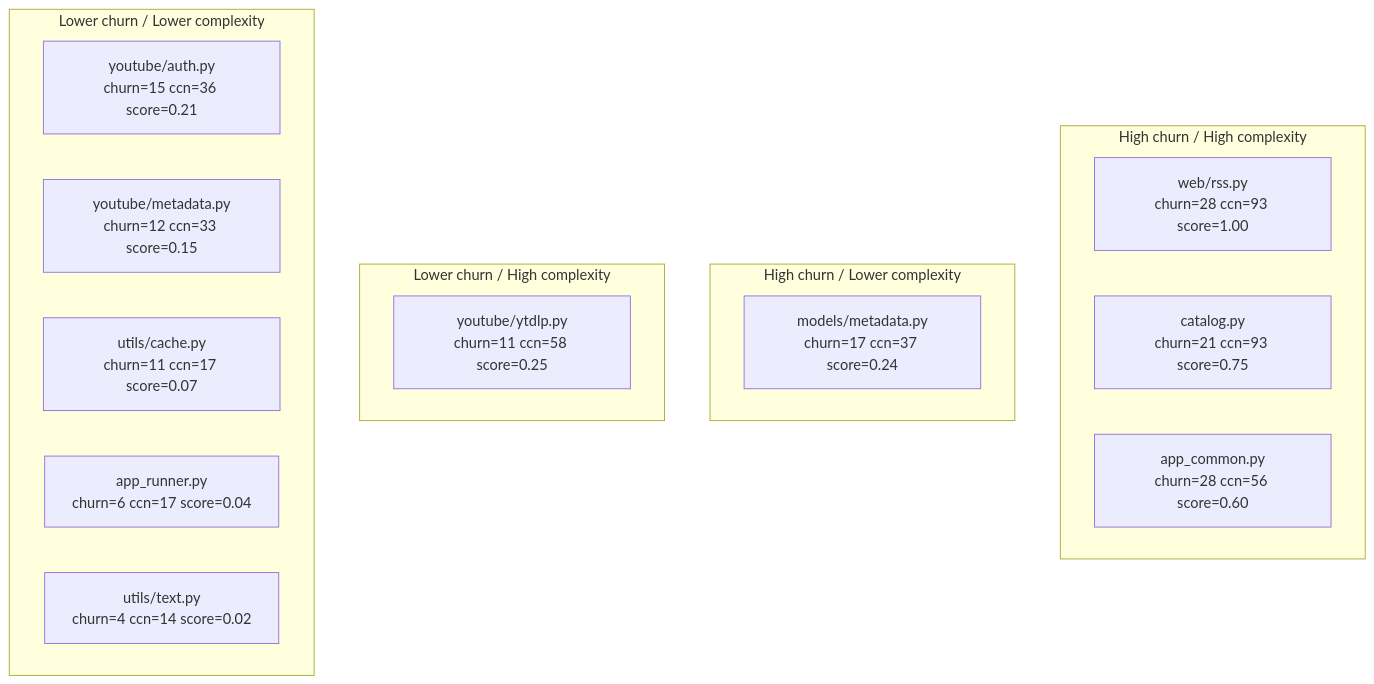
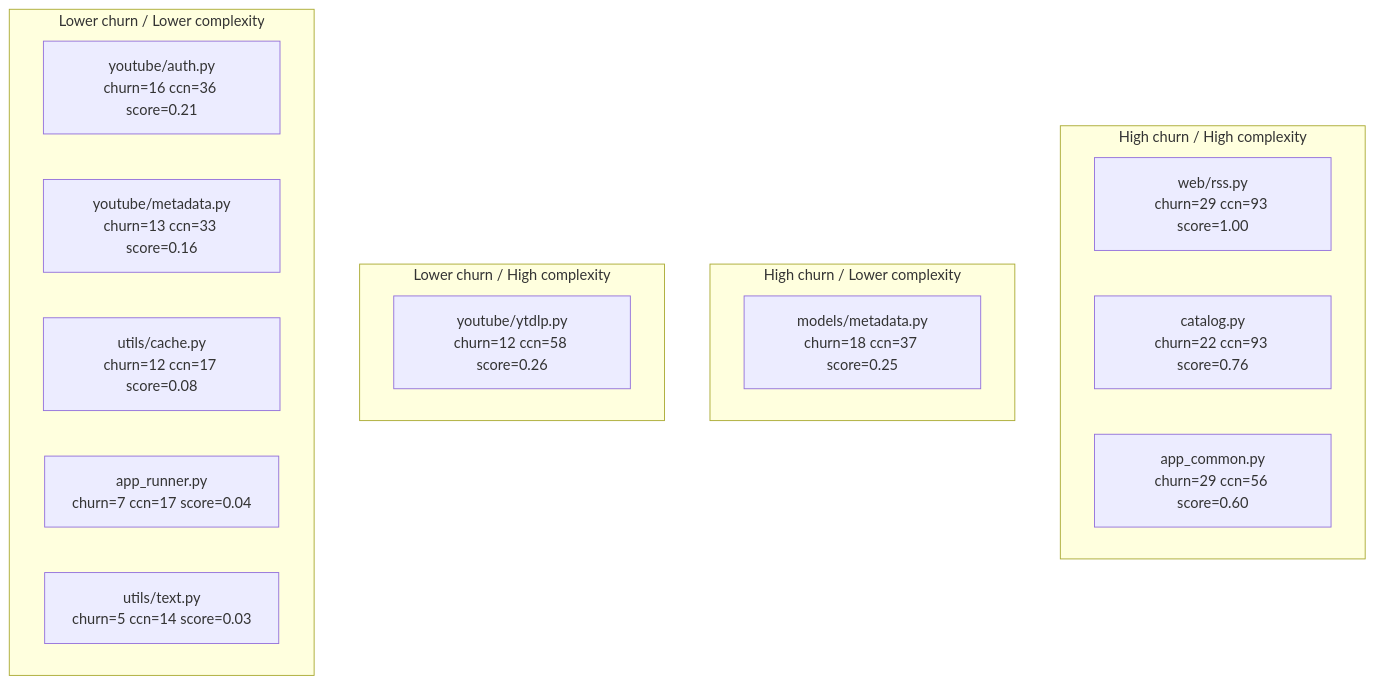
The second of 2 diagrams in docs/PLAYBOOK.md (BinaryBand/adrift), drawn with Mermaid before and after one commit. The commit also changed other lines of this file and 2 other files, not shown here.

Commit message:
refactor: update module dependency insights and add build hotspots script

````diff
--- a/docs/PLAYBOOK.md
+++ b/docs/PLAYBOOK.md
@@ -84,21 +84,21 @@
 ```mermaid
 graph TD
     subgraph sg_hh["High churn / High complexity"]
-        src_web_rss_py["web/rss.py\nchurn=28 ccn=93 score=1.00"]
-        src_catalog_py["catalog.py\nchurn=21 ccn=93 score=0.75"]
-        src_app_common_py["app_common.py\nchurn=28 ccn=56 score=0.60"]
+        src_web_rss_py["web/rss.py\nchurn=29 ccn=93 score=1.00"]
+        src_catalog_py["catalog.py\nchurn=22 ccn=93 score=0.76"]
+        src_app_common_py["app_common.py\nchurn=29 ccn=56 score=0.60"]
     end
     subgraph sg_hl["High churn / Lower complexity"]
-        src_models_metadata_py["models/metadata.py\nchurn=17 ccn=37 score=0.24"]
+        src_models_metadata_py["models/metadata.py\nchurn=18 ccn=37 score=0.25"]
     end
     subgraph sg_lh["Lower churn / High complexity"]
-        src_youtube_ytdlp_py["youtube/ytdlp.py\nchurn=11 ccn=58 score=0.25"]
+        src_youtube_ytdlp_py["youtube/ytdlp.py\nchurn=12 ccn=58 score=0.26"]
     end
     subgraph sg_ll["Lower churn / Lower complexity"]
-        src_youtube_auth_py["youtube/auth.py\nchurn=15 ccn=36 score=0.21"]
-        src_youtube_metadata_py["youtube/metadata.py\nchurn=12 ccn=33 score=0.15"]
-        src_utils_cache_py["utils/cache.py\nchurn=11 ccn=17 score=0.07"]
-        src_app_runner_py["app_runner.py\nchurn=6 ccn=17 score=0.04"]
-        src_utils_text_py["utils/text.py\nchurn=4 ccn=14 score=0.02"]
+        src_youtube_auth_py["youtube/auth.py\nchurn=16 ccn=36 score=0.21"]
+        src_youtube_metadata_py["youtube/metadata.py\nchurn=13 ccn=33 score=0.16"]
+        src_utils_cache_py["utils/cache.py\nchurn=12 ccn=17 score=0.08"]
+        src_app_runner_py["app_runner.py\nchurn=7 ccn=17 score=0.04"]
+        src_utils_text_py["utils/text.py\nchurn=5 ccn=14 score=0.03"]
     end
 ```
````
